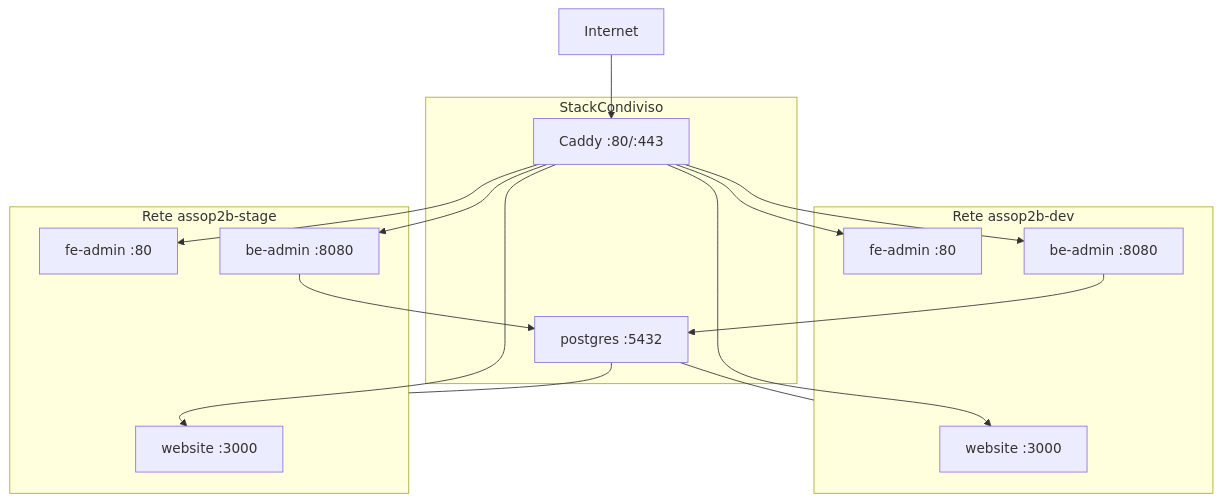
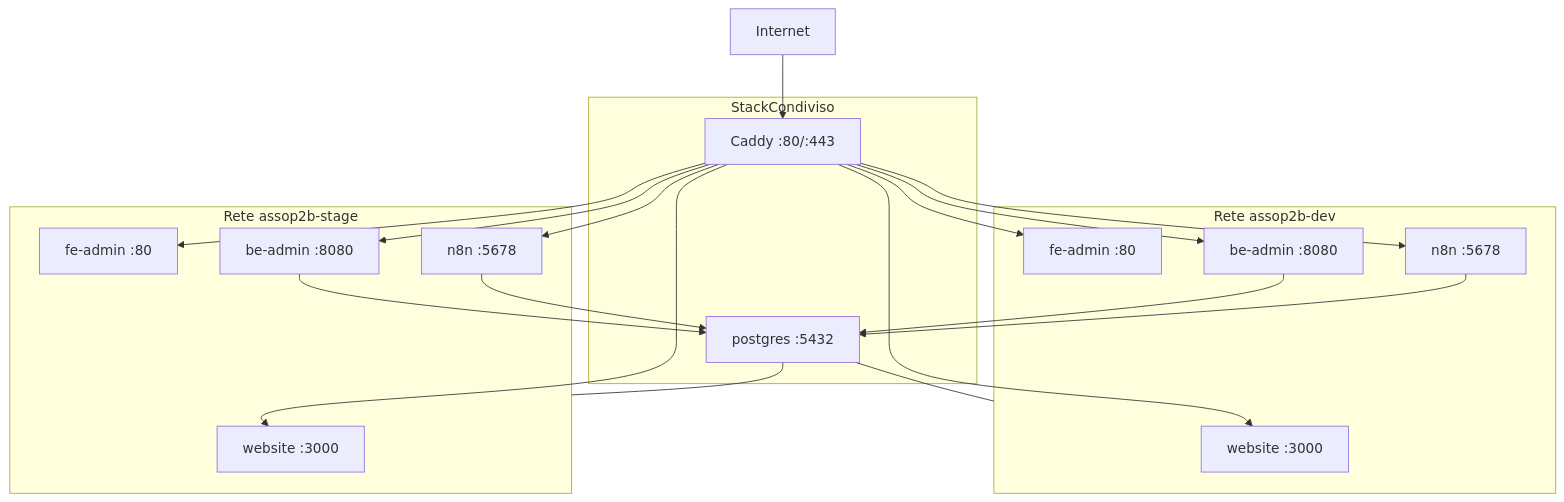
One commit to Asso-P2B/assop2b-configurations changed the diagram in README.md. Above: the diagram before and after it, drawn with Mermaid. The commit also changed other lines of this file and 2 other files, not shown here.

````diff
--- a/README.md
+++ b/README.md
@@ -40,32 +40,38 @@
 ```mermaid
 flowchart TB
   Internet --> Caddy
 
   subgraph shared [StackCondiviso]
     Caddy["Caddy :80/:443"]
     PG["postgres :5432"]
   end
 
   subgraph dev [Rete assop2b-dev]
     W_dev["website :3000"]
     F_dev["fe-admin :80"]
     B_dev["be-admin :8080"]
+    N_dev["n8n :5678"]
   end
 
   subgraph stage [Rete assop2b-stage]
     W_st["website :3000"]
     F_st["fe-admin :80"]
     B_st["be-admin :8080"]
+    N_st["n8n :5678"]
   end
 
   Caddy --> W_dev
   Caddy --> F_dev
   Caddy --> B_dev
+  Caddy --> N_dev
   Caddy --> W_st
   Caddy --> F_st
   Caddy --> B_st
+  Caddy --> N_st
   PG --- dev
   PG --- stage
   B_dev --> PG
   B_st --> PG
+  N_dev --> PG
+  N_st --> PG
 ```
````
